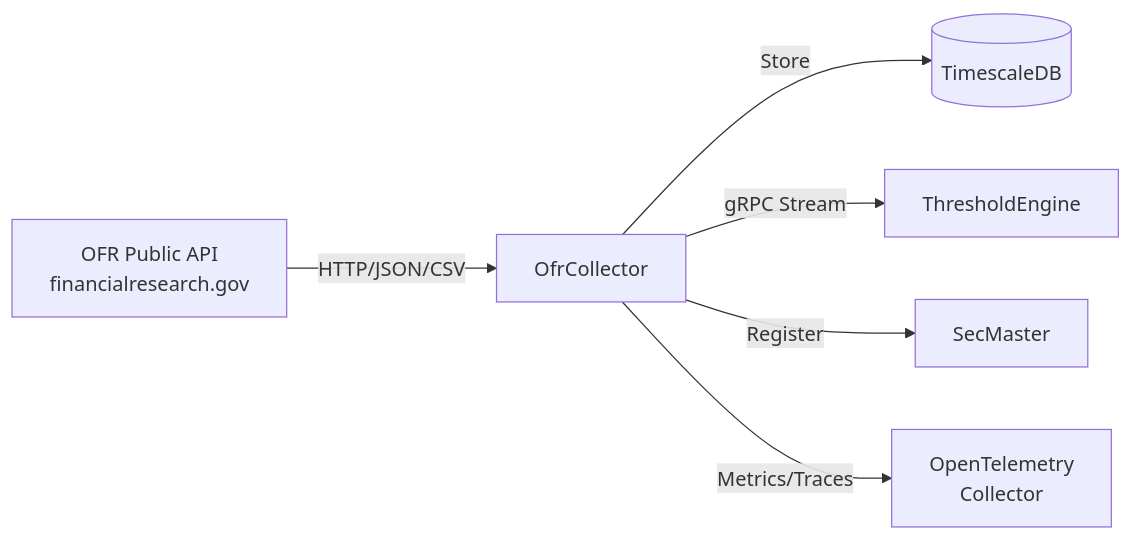
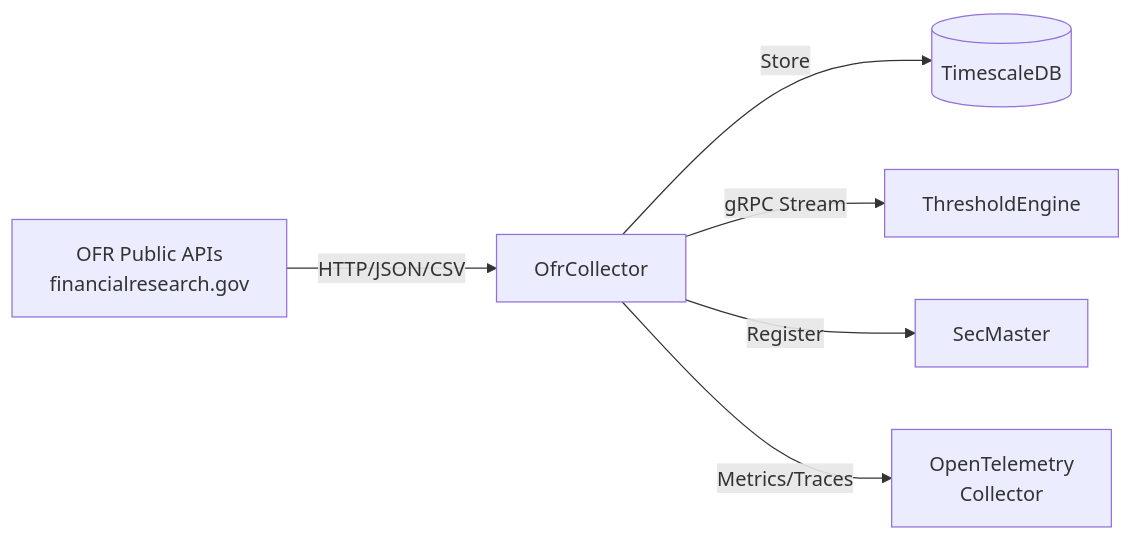
The diagram in OfrCollector/README.md (jpansarasa/ATLAS-Docs), drawn with Mermaid before and after one commit. The commit also changed other lines of this file and 22 other files, not shown here.

````diff
--- a/OfrCollector/README.md
+++ b/OfrCollector/README.md
@@ -11,8 +11,8 @@
 ```mermaid
 flowchart LR
-    OFR[OFR Public API<br/>financialresearch.gov] -->|HTTP/JSON/CSV| OC[OfrCollector]
+    OFR[OFR Public APIs<br/>financialresearch.gov] -->|HTTP/JSON/CSV| OC[OfrCollector]
     OC -->|Store| DB[(TimescaleDB)]
     OC -->|gRPC Stream| TE[ThresholdEngine]
     OC -->|Register| SM[SecMaster]
     OC -->|Metrics/Traces| OTEL[OpenTelemetry<br/>Collector]
 ```
````
